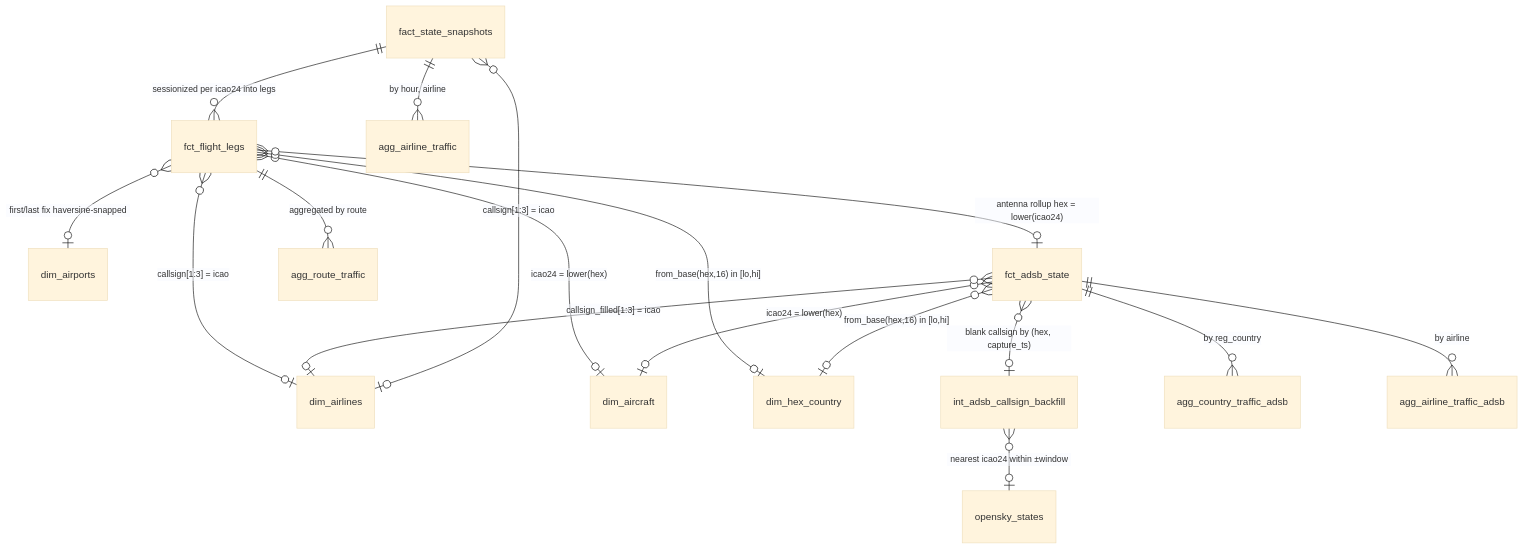
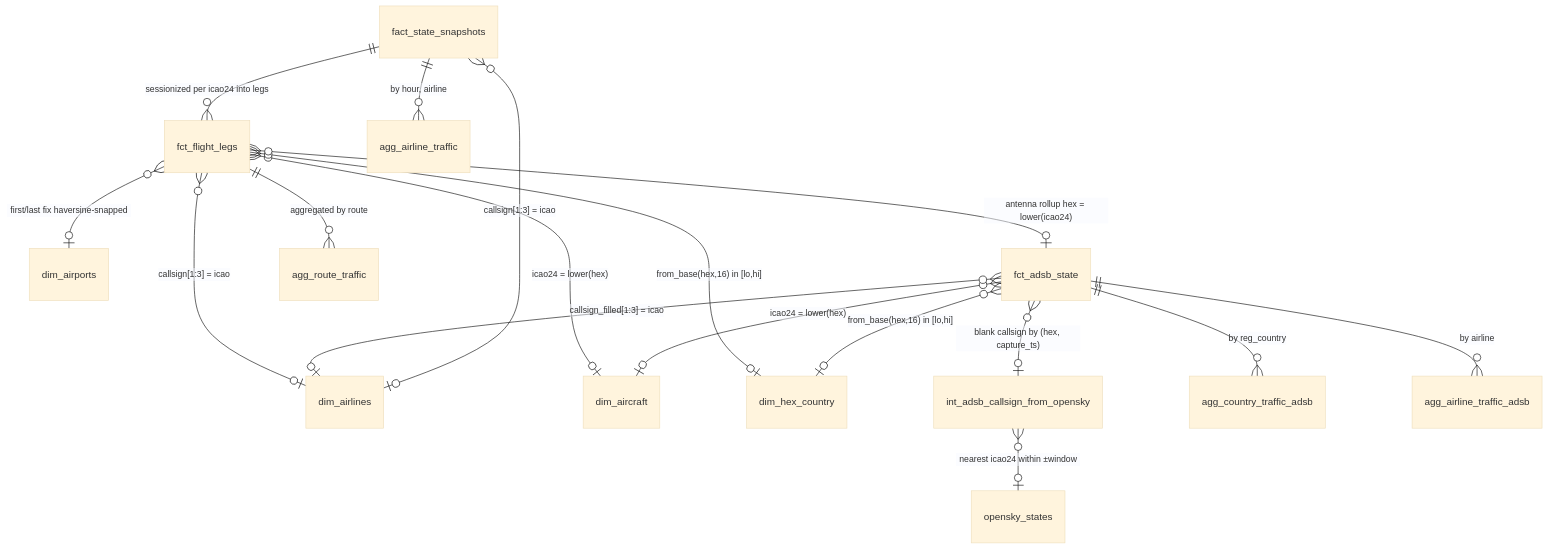
One commit to LaughingKuma/sancha1090 changed the second of 2 diagrams in docs/datalake.md. Above: the diagram before and after it, drawn with Mermaid (base theme). The commit also changed other lines of this file and 35 other files, not shown here.

````diff
--- a/docs/datalake.md
+++ b/docs/datalake.md
@@ -91,19 +91,19 @@
 ```mermaid
 erDiagram
     fact_state_snapshots ||--o{ fct_flight_legs : "sessionized per icao24 into legs"
     fct_flight_legs }o--o| dim_airports : "first/last fix haversine-snapped"
     fct_flight_legs }o--o| dim_airlines : "callsign[1:3] = icao"
     fct_flight_legs }o--o| dim_aircraft : "icao24 = lower(hex)"
     fct_flight_legs }o--o| dim_hex_country : "from_base(hex,16) in [lo,hi]"
     fct_flight_legs }o--o| fct_adsb_state : "antenna rollup hex = lower(icao24)"
     fct_flight_legs ||--o{ agg_route_traffic : "aggregated by route"
     fct_adsb_state }o--o| dim_aircraft : "icao24 = lower(hex)"
     fct_adsb_state }o--o| dim_airlines : "callsign_filled[1:3] = icao"
     fct_adsb_state }o--o| dim_hex_country : "from_base(hex,16) in [lo,hi]"
-    fct_adsb_state }o--o| int_adsb_callsign_backfill : "blank callsign by (hex, capture_ts)"
-    int_adsb_callsign_backfill }o--o| opensky_states : "nearest icao24 within ±window"
+    fct_adsb_state }o--o| int_adsb_callsign_from_opensky : "blank callsign by (hex, capture_ts)"
+    int_adsb_callsign_from_opensky }o--o| opensky_states : "nearest icao24 within ±window"
     fct_adsb_state ||--o{ agg_country_traffic_adsb : "by reg_country"
     fct_adsb_state ||--o{ agg_airline_traffic_adsb : "by airline"
     fact_state_snapshots }o--o| dim_airlines : "callsign[1:3] = icao"
     fact_state_snapshots ||--o{ agg_airline_traffic : "by hour, airline"
 ```
````
